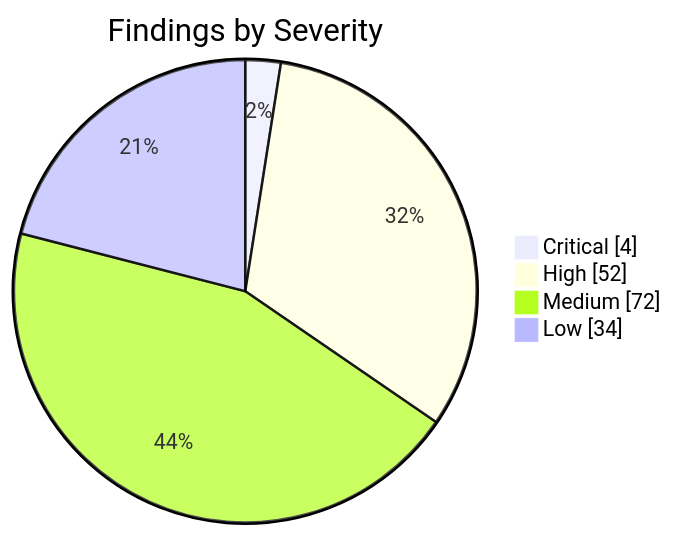
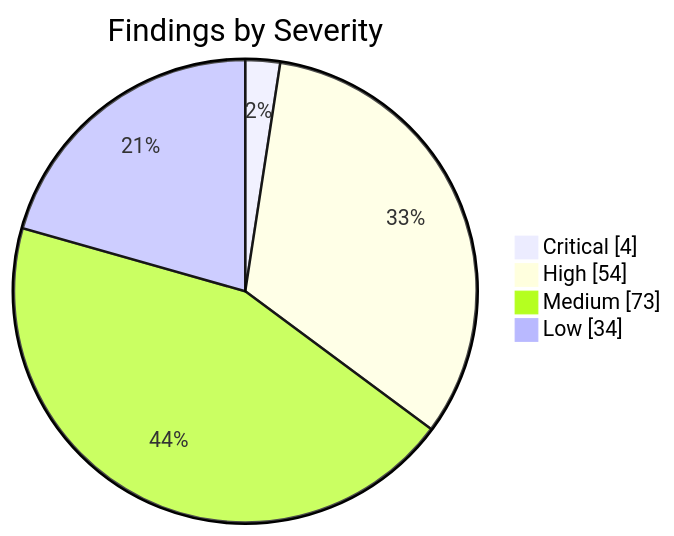
Before and after one commit to KBVE/kbve: the first of 2 diagrams in apps/kbve/astro-kbve/src/content/docs/dashboard/security.mdx, drawn with Mermaid. The commit also changed other lines of this file and 8 other files, not shown here.

````diff
--- a/apps/kbve/astro-kbve/src/content/docs/dashboard/security.mdx
+++ b/apps/kbve/astro-kbve/src/content/docs/dashboard/security.mdx
@@ -62,8 +62,8 @@
 ```mermaid
 pie showData
     title Findings by Severity
     "Critical" : 4
-    "High" : 52
-    "Medium" : 72
+    "High" : 54
+    "Medium" : 73
     "Low" : 34
 ```
````
